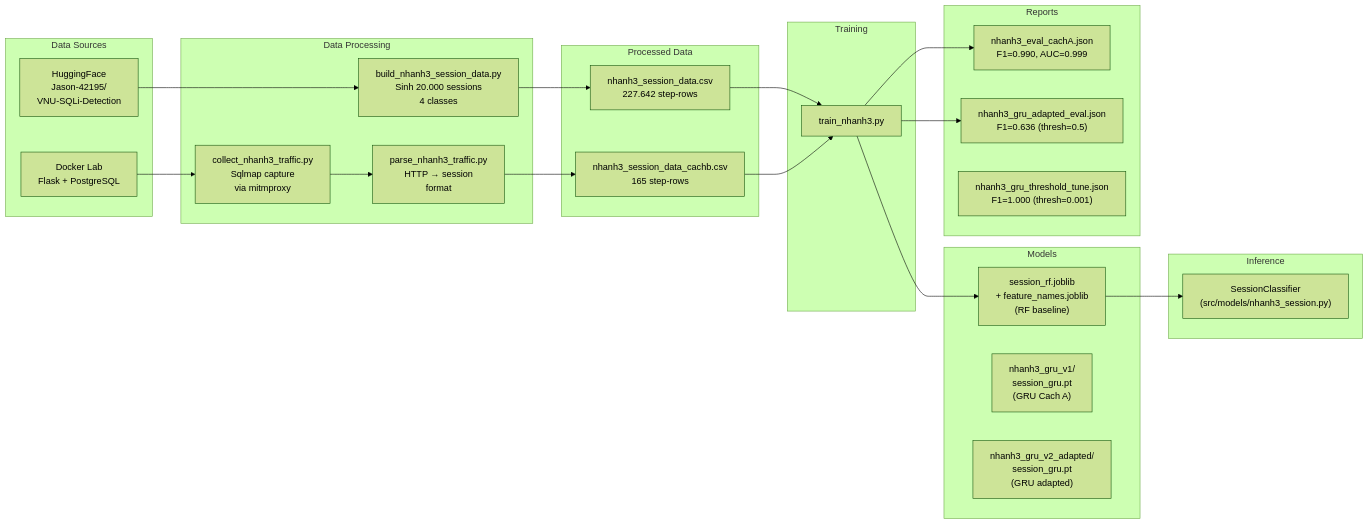
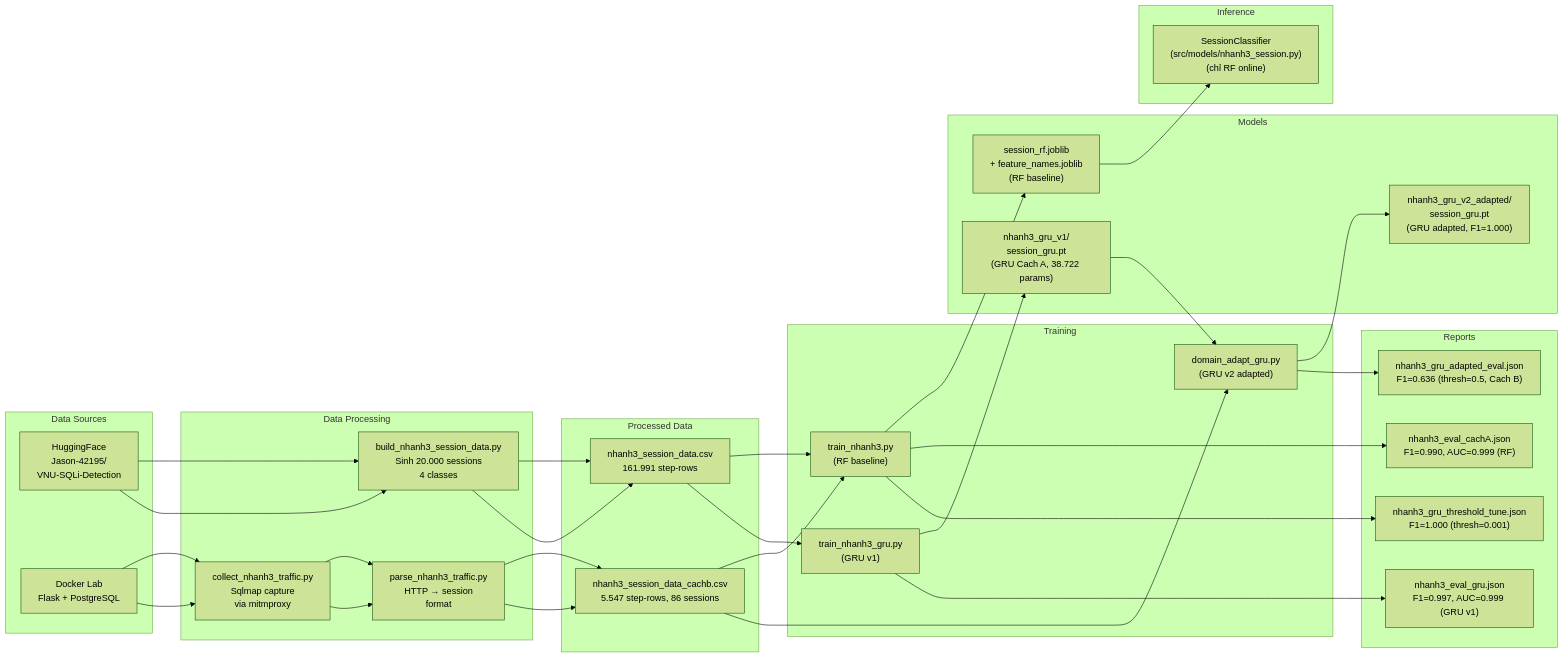
The fourth of 5 diagrams in docs/nhanh3_architecture.md (Duc42195/AI-Based-SQL-Injection-Detection-System), drawn with Mermaid (forest theme) before and after one commit. The commit also changed other lines of this file and 9 other files, not shown here.

````diff
--- a/docs/nhanh3_architecture.md
+++ b/docs/nhanh3_architecture.md
@@ -369,44 +369,52 @@
 ```mermaid
 flowchart LR
     subgraph "Data Sources"
         HF["HuggingFace\nJason-42195/\nVNU-SQLi-Detection"]
         DOCKER["Docker Lab\nFlask + PostgreSQL"]
     end
 
     subgraph "Data Processing"
         S1["build_nhanh3_session_data.py\nSinh 20.000 sessions\n4 classes"]
         S2["collect_nhanh3_traffic.py\nSqlmap capture\nvia mitmproxy"]
         S3["parse_nhanh3_traffic.py\nHTTP → session\nformat"]
     end
 
     subgraph "Processed Data"
-        CSV_A["nhanh3_session_data.csv\n227.642 step-rows"]
-        CSV_B["nhanh3_session_data_cachb.csv\n165 step-rows"]
+        CSV_A["nhanh3_session_data.csv\n161.991 step-rows"]
+        CSV_B["nhanh3_session_data_cachb.csv\n5.547 step-rows, 86 sessions"]
     end
 
     subgraph "Training"
-        T["train_nhanh3.py"]
+        T["train_nhanh3.py\n(RF baseline)"]
+        TG["train_nhanh3_gru.py\n(GRU v1)"]
+        DA["domain_adapt_gru.py\n(GRU v2 adapted)"]
     end
 
     subgraph "Models"
         M["session_rf.joblib\n+ feature_names.joblib\n(RF baseline)"]
-        M2["nhanh3_gru_v1/\nsession_gru.pt\n(GRU Cach A)"]
-        M3["nhanh3_gru_v2_adapted/\nsession_gru.pt\n(GRU adapted)"]
+        M2["nhanh3_gru_v1/\nsession_gru.pt\n(GRU Cach A, 38.722 params)"]
+        M3["nhanh3_gru_v2_adapted/\nsession_gru.pt\n(GRU adapted, F1=1.000)"]
     end
 
     subgraph "Reports"
-        R1["nhanh3_eval_cachA.json\nF1=0.990, AUC=0.999"]
-        R2["nhanh3_gru_adapted_eval.json\nF1=0.636 (thresh=0.5)"]
+        R1["nhanh3_eval_cachA.json\nF1=0.990, AUC=0.999 (RF)"]
+        RG["nhanh3_eval_gru.json\nF1=0.997, AUC=0.999 (GRU v1)"]
+        R2["nhanh3_gru_adapted_eval.json\nF1=0.636 (thresh=0.5, Cach B)"]
         R3["nhanh3_gru_threshold_tune.json\nF1=1.000 (thresh=0.001)"]
     end
 
     subgraph "Inference"
-        SC["SessionClassifier\n(src/models/nhanh3_session.py)"]
+        SC["SessionClassifier\n(src/models/nhanh3_session.py)\n(chỉ RF online)"]
     end
 
     HF --> S1 --> CSV_A --> T --> M
+    HF --> S1 --> CSV_A --> TG --> M2
+    M2 --> DA --> M3
     DOCKER --> S2 --> S3 --> CSV_B --> T
+    DOCKER --> S2 --> S3 --> CSV_B --> DA
     T --> R1
-    T --> R2
+    TG --> RG
+    DA --> R2
+    T --> R3
     M --> SC
 ```
````
